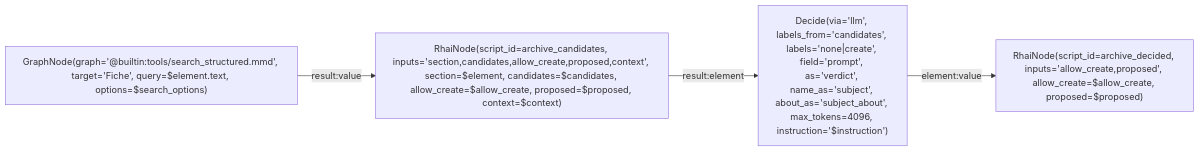
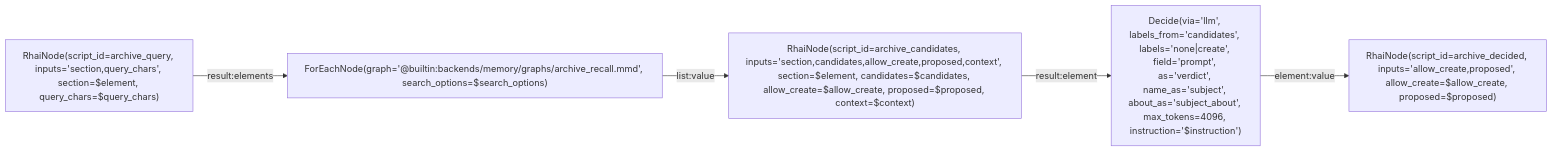
One commit to L-Defraiteur/rag3db changed the diagram in extension/rag3weaver/templates/backends/memory/graphs/archive_decide.mmd. Above: the diagram before and after it, drawn with Mermaid. The commit also changed 6 other files, not shown here.

Commit message:
feat(memoire): la requête de la recherche des candidates est bornée à query_chars (4 000 par défaut, titre et début de section sur une frontière de mot) ; la trace dit sa longueur

```diff
--- a/extension/rag3weaver/templates/backends/memory/graphs/archive_decide.mmd
+++ b/extension/rag3weaver/templates/backends/memory/graphs/archive_decide.mmd
@@ -1,21 +1,24 @@
 %% tool: archive_decide
 %% description: Une section (l'élément) : les fiches candidates par la recherche, puis la décision fermée du modèle (une candidate, none, create), rendue comme l'élément des écritures (kind, fiche, records, liens, provenance). Appelé une fois par section par le ForEachNode de archive.
 %% Les étiquettes candidate_N sont résolues par archive_decided vers les noms exacts ; les noms et descriptions restent dans le prompt.
 %% Le plafond du Decide (max_tokens=4096) : la réponse porte une étiquette, un nom et une phrase, et Gemini 3.x compte sa réflexion dedans ; le défaut de 2048 en tronquait 1 section sur 432 et 1 sur 152 (15 novembre 2026).
 %% param: element json! -- La section : {title, level, text, anchor, index, chemin, titre, origine}.
 %% param: candidates int = 5 -- Fiches candidates gardées.
 %% param: allow_create bool = false -- create permis (éteint par défaut, comme archive).
 %% param: instruction string! -- Ce que l'étiquette veut dire, pour le modèle ; sans apostrophe droite (substituée entre apostrophes dans la configuration du Decide ; la typographique ’ passe).
 %% param: search_options json! -- Les options de la recherche de candidates (limit…).
 %% param: context string = "" -- Ce qui précède, montré au modèle avant la section, jamais rangé (archive, param context).
+%% param: query_chars int = 4000 -- La borne de la requête de la recherche des candidates (archive, param query_chars).
 %% param: proposed json = [] -- Les fiches proposées par les sections précédentes du même document ({name, about, state, via}), portées par le ForEachNode d'archive (carry) : elles ne sont pas encore cherchables, la transaction de l'outil ne les a pas validées.
 %% result: decided.result
 
 graph LR
-    recall["GraphNode(graph='@builtin:tools/search_structured.mmd', target='Fiche', query=$element.text, options=$search_options)"]
+    requete["RhaiNode(script_id=archive_query, inputs='section,query_chars', section=$element, query_chars=$query_chars)"]
+    recall["ForEachNode(graph='@builtin:backends/memory/graphs/archive_recall.mmd', search_options=$search_options)"]
     prepare["RhaiNode(script_id=archive_candidates, inputs='section,candidates,allow_create,proposed,context', section=$element, candidates=$candidates, allow_create=$allow_create, proposed=$proposed, context=$context)"]
     decide["Decide(via='llm', labels_from='candidates', labels='none|create', field='prompt', as='verdict', name_as='subject', about_as='subject_about', max_tokens=4096, instruction='$instruction')"]
     decided["RhaiNode(script_id=archive_decided, inputs='allow_create,proposed', allow_create=$allow_create, proposed=$proposed)"]
-    recall -->|result:value| prepare
+    requete -->|result:elements| recall
+    recall -->|list:value| prepare
     prepare -->|result:element| decide
     decide -->|element:value| decided
```
